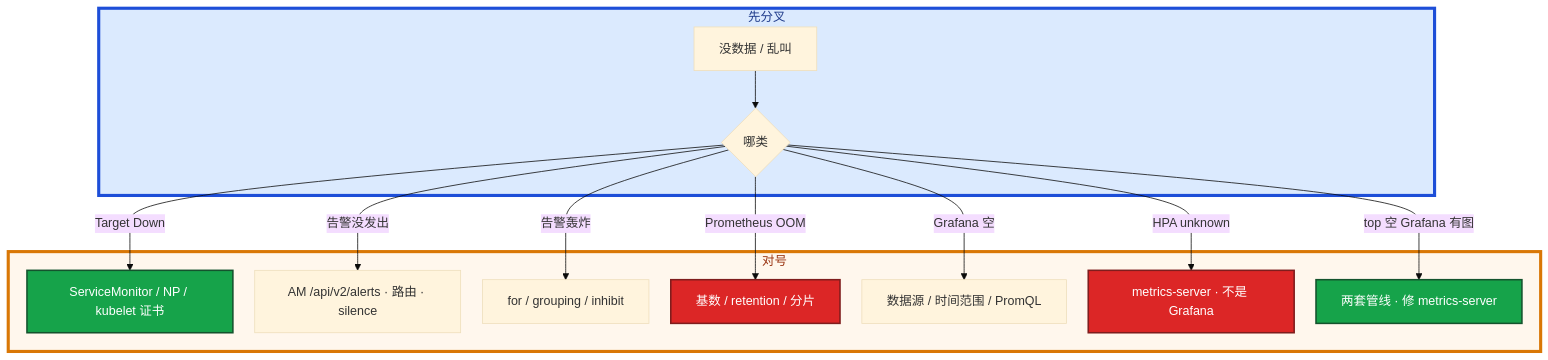
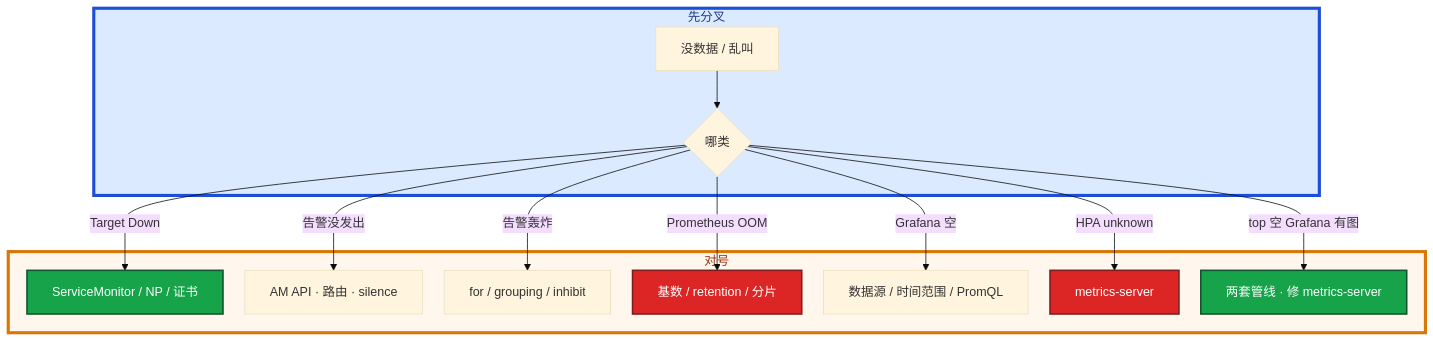
Before and after one commit to ml-cuizijun/LearnToLilith: the fourth of 4 diagrams in 04-Kubernetes/18-监控与可观测性/知识点.md, drawn with Mermaid. The commit also changed other lines of this file and 107 other files, not shown here.

````diff
--- a/04-Kubernetes/18-监控与可观测性/知识点.md
+++ b/04-Kubernetes/18-监控与可观测性/知识点.md
@@ -382,25 +456,25 @@
 ```mermaid
 %%{init: {"flowchart": {"padding": 16, "nodeSpacing": 28, "rankSpacing": 48}, "theme": "base"}}%%
 flowchart TB
     subgraph gate ["先分叉"]
         A[没数据 / 乱叫] --> B{哪类}
     end
 
     subgraph t ["对号"]
-        B -->|Target Down| C[ServiceMonitor / NP / kubelet 证书]
-        B -->|告警没发出| D[AM /api/v2/alerts · 路由 · silence]
+        B -->|Target Down| C[ServiceMonitor / NP / 证书]
+        B -->|告警没发出| D[AM API · 路由 · silence]
         B -->|告警轰炸| E[for / grouping / inhibit]
         B -->|Prometheus OOM| F[基数 / retention / 分片]
         B -->|Grafana 空| G[数据源 / 时间范围 / PromQL]
-        B -->|HPA unknown| H[metrics-server · 不是 Grafana]
+        B -->|HPA unknown| H[metrics-server]
         B -->|top 空 Grafana 有图| I[两套管线 · 修 metrics-server]
     end
 
     classDef bad fill:#DC2626,stroke:#7F1D1D,stroke-width:2px,color:#fff
     classDef ok fill:#16A34A,stroke:#14532D,stroke-width:2px,color:#fff
     class F,H bad
     class C,I ok
 
     style gate fill:#DBEAFE,stroke:#1D4ED8,stroke-width:4px,color:#1E3A8A
     style t fill:#FFF7ED,stroke:#D97706,stroke-width:4px,color:#9A3412
 ```
````
